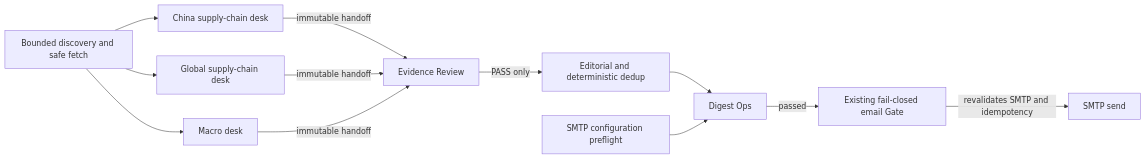
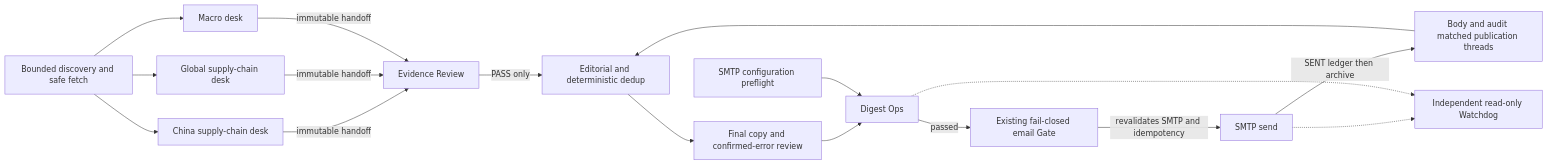
The diagram in ai-intelligence-monitor/ARCHITECTURE.md (s68594446-prog/ai-intelligence-monitor), drawn with Mermaid before and after one commit. The commit also changed other lines of this file and 23 other files, not shown here.

````diff
--- a/ai-intelligence-monitor/ARCHITECTURE.md
+++ b/ai-intelligence-monitor/ARCHITECTURE.md
@@ -11,25 +11,32 @@
 ```mermaid
 flowchart LR
     D[Bounded discovery and safe fetch]
     C[China supply-chain desk]
     G[Global supply-chain desk]
     M[Macro desk]
     E[Evidence Review]
     R[Editorial and deterministic dedup]
     O[Digest Ops]
     P[SMTP configuration preflight]
     L[Existing fail-closed email Gate]
     S[SMTP send]
+    F[Final copy and confirmed-error review]
+    T[Body and audit matched publication threads]
+    W[Independent read-only Watchdog]
 
     D --> C
     D --> G
     D --> M
     C -->|immutable handoff| E
     G -->|immutable handoff| E
     M -->|immutable handoff| E
     E -->|PASS only| R
-    R --> O
+    T --> R
+    R --> F --> O
     P --> O
     O -->|passed| L
     L -->|revalidates SMTP and idempotency| S
+    S -->|SENT ledger then archive| T
+    S -.-> W
+    O -.-> W
 ```
````
